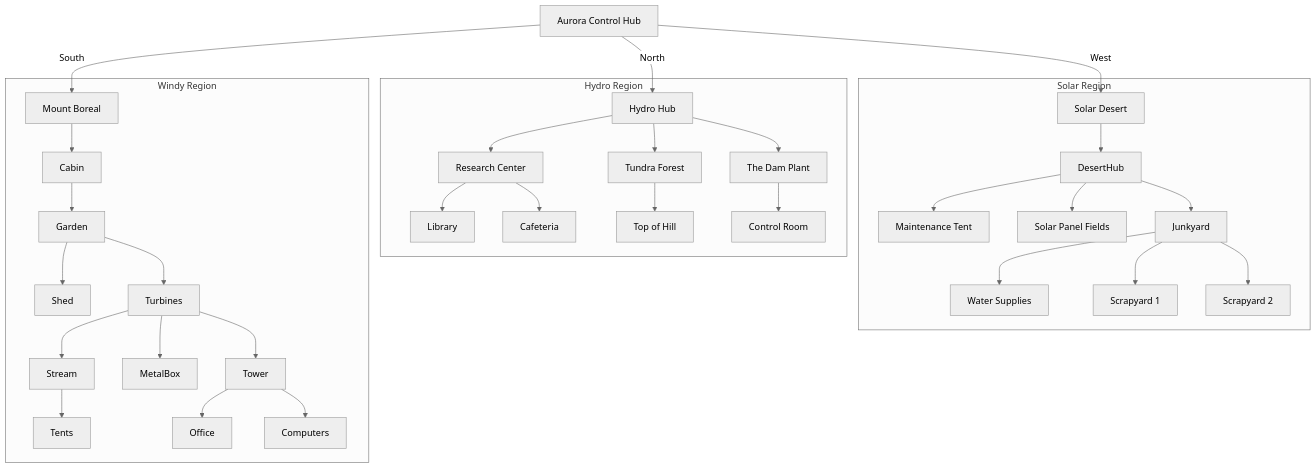
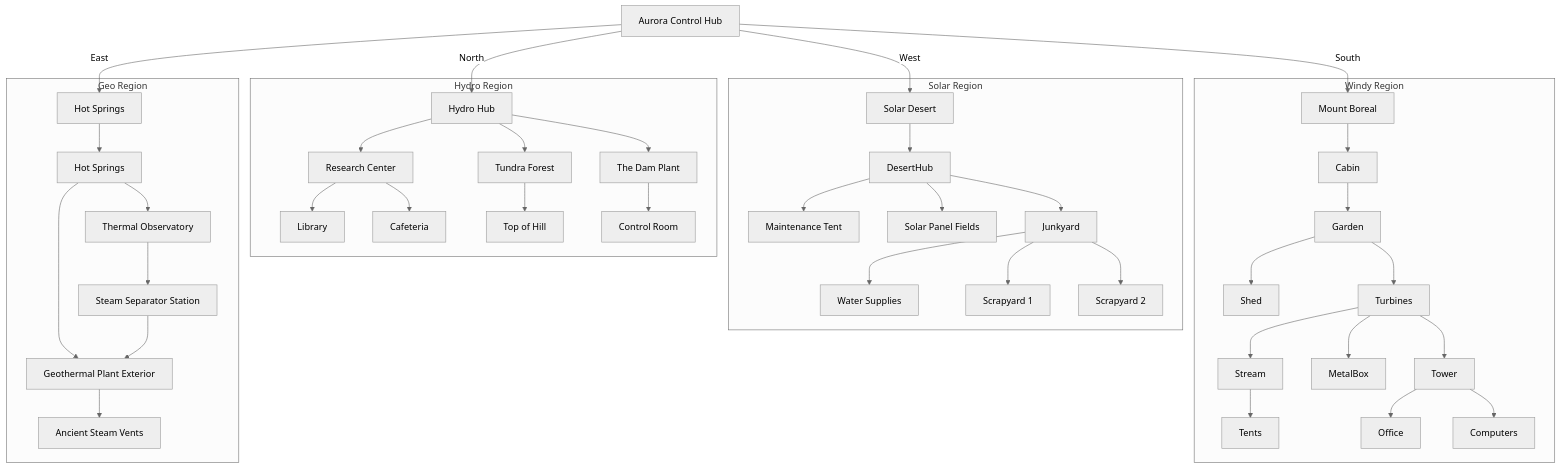
One commit to vladgarbuz/SemesterProjRefactor changed the diagram in README.md. Above: the diagram before and after it, drawn with Mermaid (neutral theme). The commit also changed other lines of this file, not shown here.

First line of the commit message:
Add Volcanic Plains region and geothermal mechanics

````diff
--- a/README.md
+++ b/README.md
@@ -49,39 +49,49 @@
 ```mermaid
 graph TD
     Hub[Aurora Control Hub] -->|North| Hydro[Hydro Hub]
     Hub -->|West| Solar[Solar Desert]
     Hub -->|South| Windy[Mount Boreal]
+    Hub -->|East| Geo[Hot Springs]
     
     subgraph Solar Region
     Solar --> DesertHub
     DesertHub --> Tent[Maintenance Tent]
     DesertHub --> Fields[Solar Panel Fields]
     DesertHub --> Junk[Junkyard]
     Junk --> Water[Water Supplies]
     Junk --> Scrap1[Scrapyard 1]
     Junk --> Scrap2[Scrapyard 2]
     end
 
     subgraph Hydro Region
     Hydro --> Dam[The Dam Plant]
     Hydro --> Research[Research Center]
     Hydro --> Forest[Tundra Forest]
     Research --> Lib[Library]
     Research --> Cafe[Cafeteria]
     Forest --> Hill[Top of Hill]
     Dam --> Control[Control Room]
     end
 
     subgraph Windy Region
     Windy --> Cabin
     Cabin --> Garden
     Garden --> Shed
     Garden --> Turbines
     Turbines --> Tower
     Turbines --> MetalBox
     Turbines --> Stream
     Stream --> Tents
     Tower --> Office
     Tower --> Computers
     end
+
+    subgraph Geo Region
+    Geo --> HotSprings[Hot Springs]
+    HotSprings --> Observatory[Thermal Observatory]
+    HotSprings --> PlantExt[Geothermal Plant Exterior]
+    Observatory --> Separator[Steam Separator Station]
+    Separator --> PlantExt
+    PlantExt --> Vents[Ancient Steam Vents]
+    end
 ```
````
